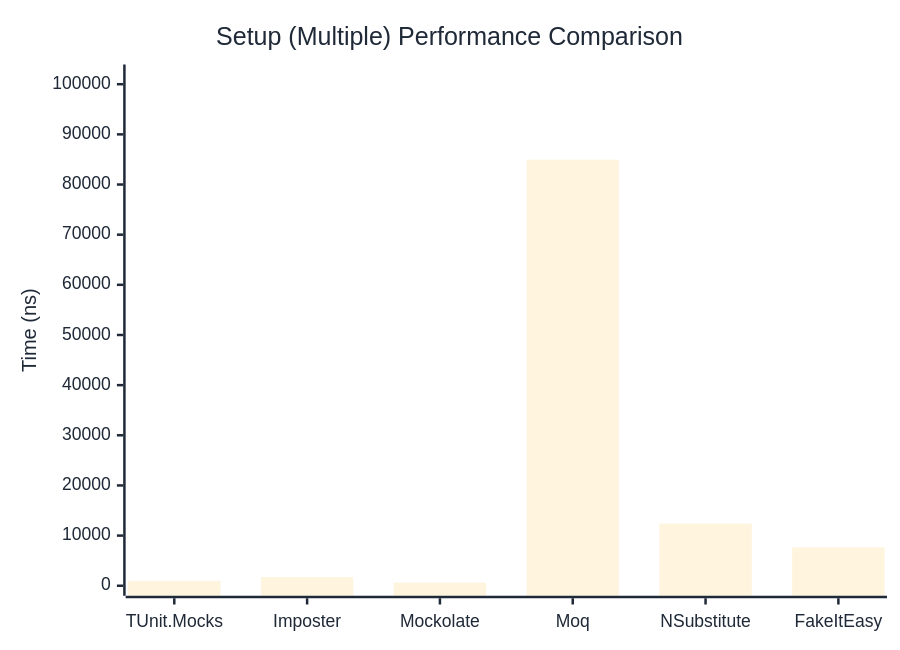
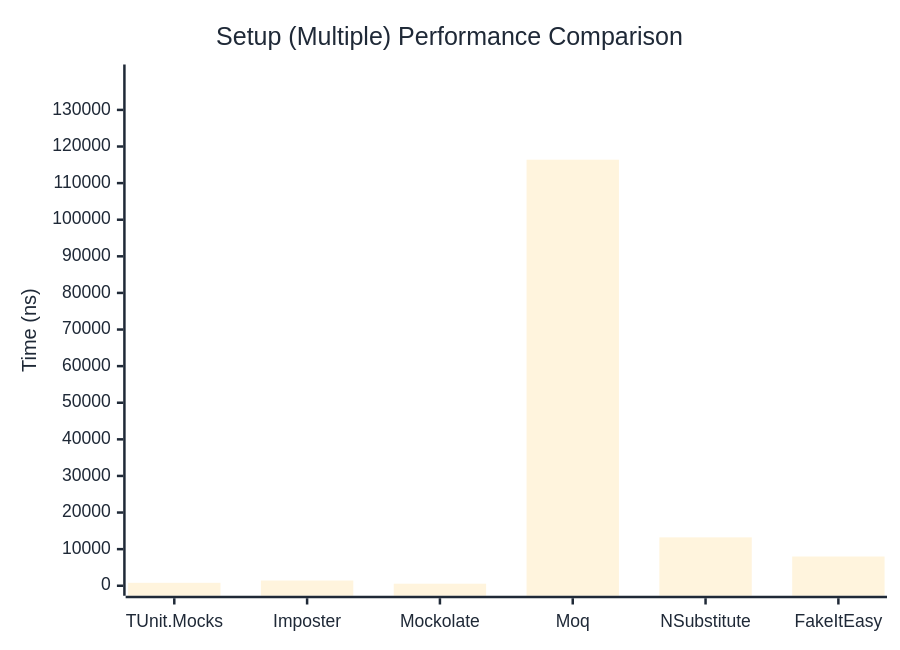
Before and after one commit to thomhurst/TUnit: the second of 2 diagrams in docs/docs/benchmarks/mocks/Setup.md, drawn with Mermaid. The commit also changed other lines of this file and 14 other files, not shown here.

````diff
--- a/docs/docs/benchmarks/mocks/Setup.md
+++ b/docs/docs/benchmarks/mocks/Setup.md
@@ -71,27 +71,27 @@
 ```mermaid
 %%{init: {
   'theme':'base',
   'themeVariables': {
     'primaryColor': '#2563eb',
     'primaryTextColor': '#1f2937',
     'primaryBorderColor': '#1e40af',
     'lineColor': '#6b7280',
     'secondaryColor': '#7c3aed',
     'tertiaryColor': '#dc2626',
     'background': '#ffffff',
     'pie1': '#2563eb',
     'pie2': '#7c3aed',
     'pie3': '#dc2626',
     'pie4': '#f59e0b',
     'pie5': '#10b981',
     'pie6': '#06b6d4',
     'pie7': '#ec4899',
     'pie8': '#6366f1'
   }
 }}%%
 xychart-beta
   title "Setup (Multiple) Performance Comparison"
   x-axis ["TUnit.Mocks", "Imposter", "Mockolate", "Moq", "NSubstitute", "FakeItEasy"]
-  y-axis "Time (ns)" 0 --> 101936
-  bar [985.4, 1740.2, 634.8, 84946.5, 12389.8, 7662.1]
+  y-axis "Time (ns)" 0 --> 139673
+  bar [800.4, 1428.8, 558.5, 116393.9, 13223.4, 7989.4]
 ```
````
